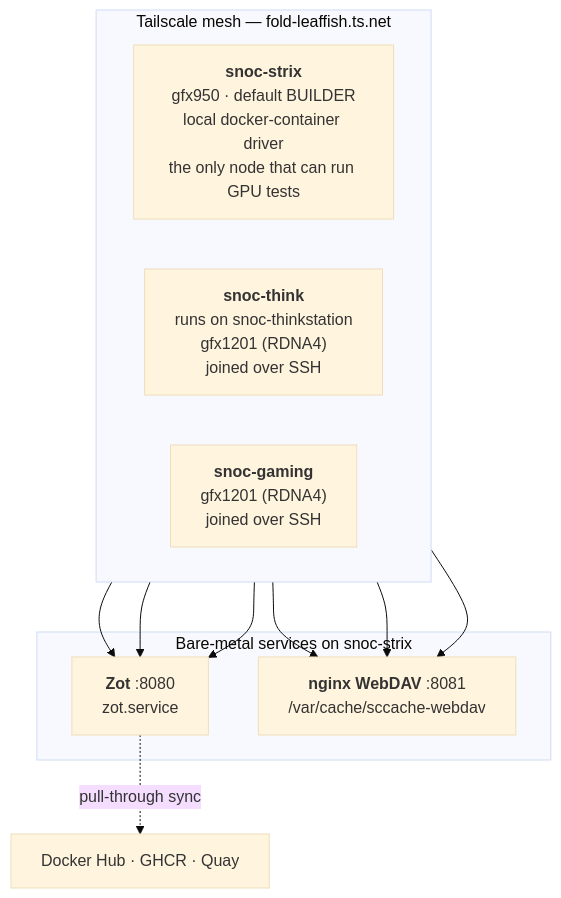
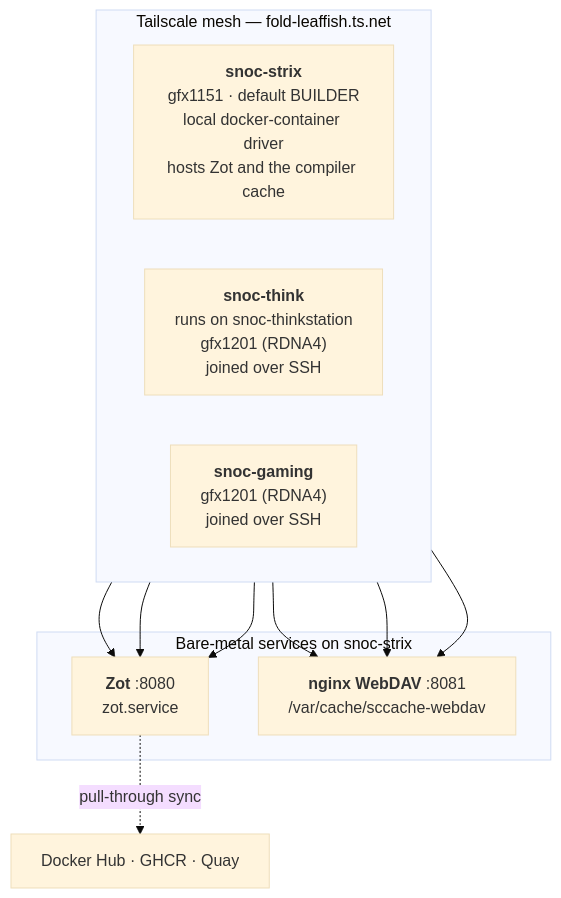
One commit to sbates130272/rocm-bake changed the diagram in docs/architecture/index.md. Above: the diagram before and after it, drawn with Mermaid (base theme). The commit also changed other lines of this file and 10 other files, not shown here.

````diff
--- a/docs/architecture/index.md
+++ b/docs/architecture/index.md
@@ -8,18 +8,18 @@
 ```mermaid
 flowchart TB
     subgraph tailnet["Tailscale mesh — fold-leaffish.ts.net"]
         direction LR
-        strix["<b>snoc-strix</b><br/>gfx950 · default BUILDER<br/>local docker-container driver<br/>the only node that can run GPU tests"]
+        strix["<b>snoc-strix</b><br/>gfx1151 · default BUILDER<br/>local docker-container driver<br/>hosts Zot and the compiler cache"]
         think["<b>snoc-think</b><br/>runs on snoc-thinkstation<br/>gfx1201 (RDNA4)<br/>joined over SSH"]
         gaming["<b>snoc-gaming</b><br/>gfx1201 (RDNA4)<br/>joined over SSH"]
     end
 
     subgraph svc["Bare-metal services on snoc-strix"]
         zot["<b>Zot</b> :8080<br/>zot.service"]
         dav["<b>nginx WebDAV</b> :8081<br/>/var/cache/sccache-webdav"]
     end
 
     strix & think & gaming --> zot
     strix & think & gaming --> dav
     zot -. "pull-through sync" .-> up["Docker Hub · GHCR · Quay"]
 ```
````
